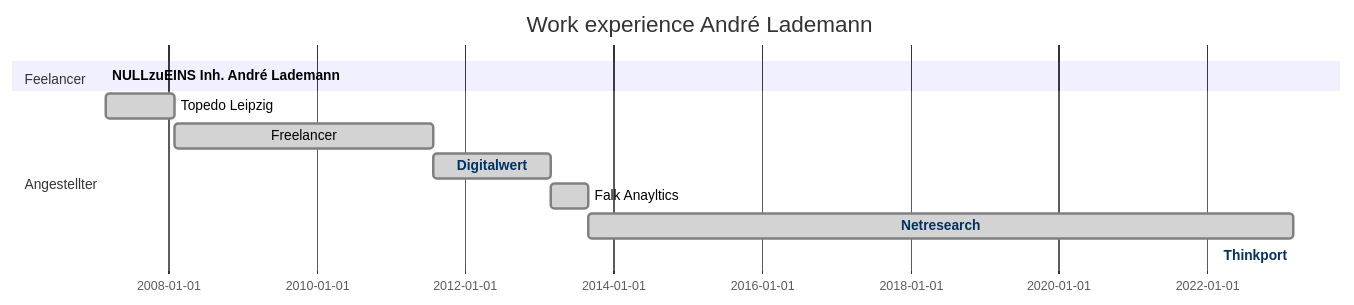
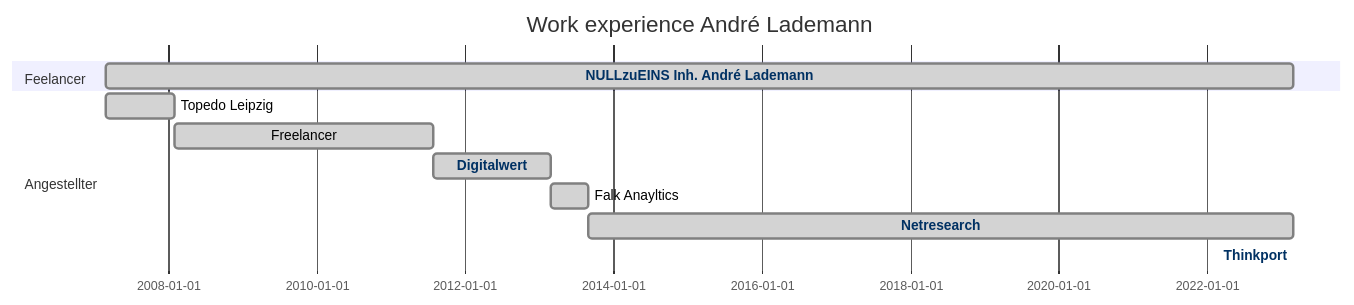
The diagram in README.md (vergissberlin/vergissberlin), drawn with Mermaid before and after one commit.

````diff
--- a/README.md
+++ b/README.md
@@ -143,22 +143,22 @@
 ```mermaid
 gantt
 	dateFormat YYYY-MM-DD
 	title      Work experience André Lademann
 
 	section Feelancer 
-		NULLzuEINS Inh. André Lademann  :done,  nze, 2007-03, today
+		NULLzuEINS Inh. André Lademann  :done,  nze, 2007-03, 2023-03-01
 		click nze href "https://nullzueins.com"
 	
 	section Angestellter
 		Topedo Leipzig :done, emp1, 2007-03-01, 2008-02-01
 		Freelancer     :done, emp2, after emp1, 2011-08-01
 		Digitalwert    :done, emp3, after emp2, 2013-03-01
 		Falk Anayltics :done, emp4, after emp3, 2013-09-01
 		Netresearch    :done, emp5, after emp4, 2023-02-28
 		Thinkport      :active, emp6, after emp5, today
 	
 		click emp3 href "https://torpedo-motor.com"
 		click emp3 href "https://digitalwert.de"
 		click emp5 href "https://netresearch.de"
 		click emp6 href "https://thinkport.digital"
 ```
````
